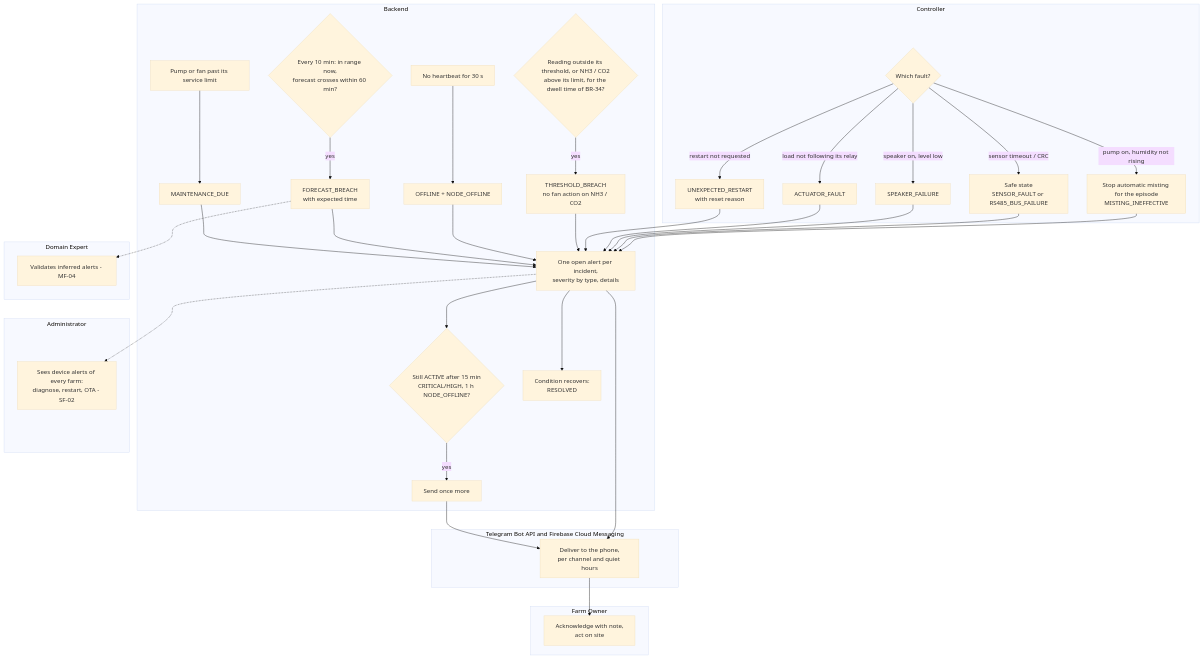
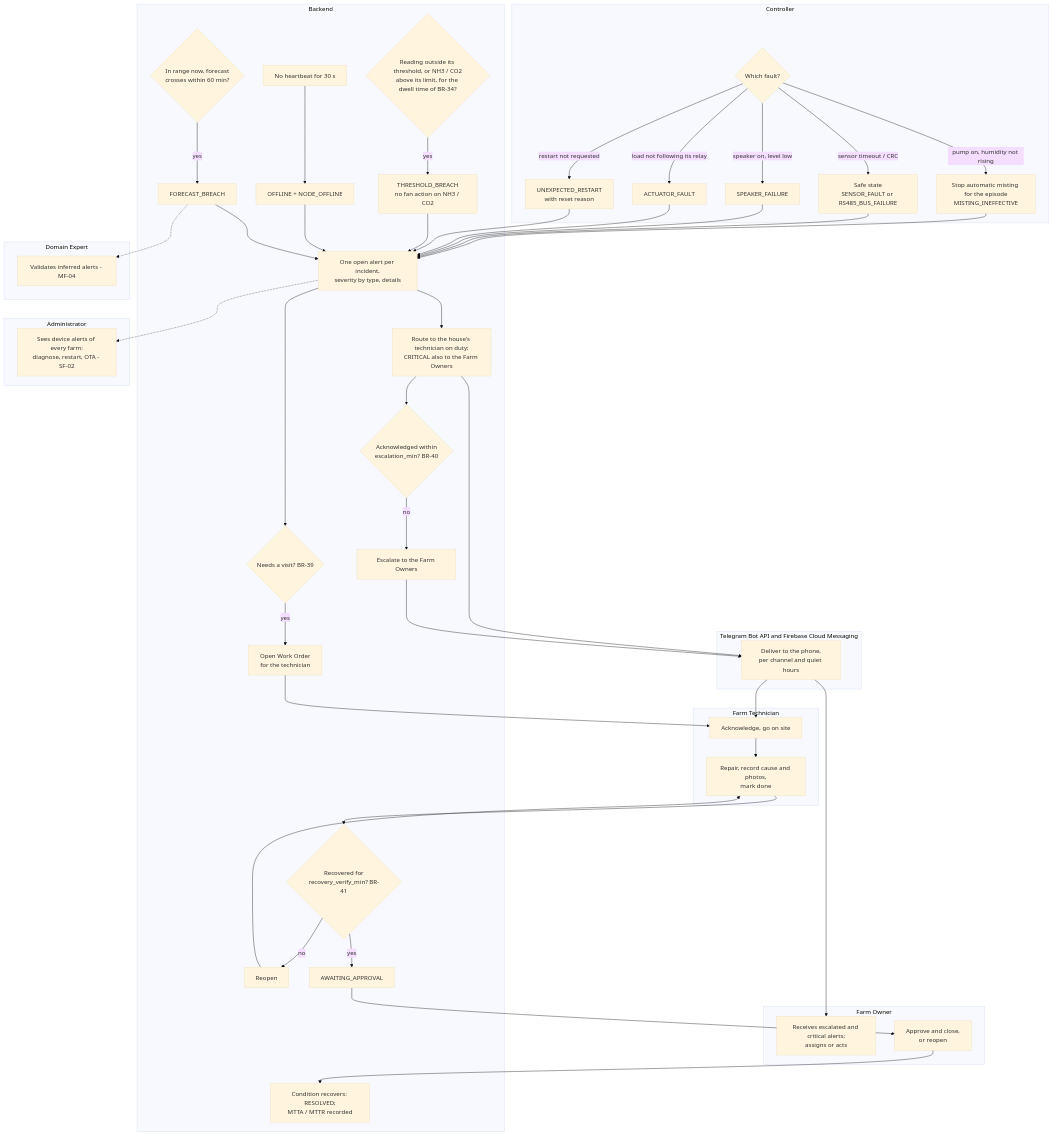
Before and after one commit to NBao261/SwiftletCare_KLTN: diagram 29 of 40 in docs/reports/report4-sdd.md, drawn with Mermaid (base theme). The commit also changed other lines of this file, not shown here.

````diff
--- a/docs/reports/report4-sdd.md
+++ b/docs/reports/report4-sdd.md
@@ -1116,40 +1383,53 @@
 ```mermaid
 flowchart TB
   subgraph C[Controller]
     A1{Which fault?}
     A1 -- pump on, humidity not rising --> A2[Stop automatic misting for the episode<br/>MISTING_INEFFECTIVE]
     A1 -- sensor timeout / CRC --> A3[Safe state<br/>SENSOR_FAULT or RS485_BUS_FAILURE]
     A1 -- speaker on, level low --> A4[SPEAKER_FAILURE]
     A1 -- load not following its relay --> A5[ACTUATOR_FAULT]
     A1 -- restart not requested --> A6[UNEXPECTED_RESTART<br/>with reset reason]
   end
   subgraph B[Backend]
     B1{Reading outside its threshold, or NH3 / CO2<br/>above its limit, for the dwell time of BR-34?} -- yes --> B2[THRESHOLD_BREACH<br/>no fan action on NH3 / CO2]
     B3[No heartbeat for 30 s] --> B4[OFFLINE + NODE_OFFLINE]
-    B5{Every 10 min: in range now,<br/>forecast crosses within 60 min?} -- yes --> B6[FORECAST_BREACH<br/>with expected time]
-    B7[Pump or fan past its service limit] --> B8[MAINTENANCE_DUE]
+    B5{In range now, forecast<br/>crosses within 60 min?} -- yes --> B6[FORECAST_BREACH]
     B9[One open alert per incident,<br/>severity by type, details]
-    B10{Still ACTIVE after 15 min<br/>CRITICAL/HIGH, 1 h NODE_OFFLINE?} -- yes --> B11[Send once more]
-    B12[Condition recovers:<br/>RESOLVED]
+    R1[Route to the house's technician on duty;<br/>CRITICAL also to the Farm Owners]
+    R2{Acknowledged within<br/>escalation_min? BR-40} -- no --> R3[Escalate to the Farm Owners]
+    W1{Needs a visit? BR-39} -- yes --> W2[Open Work Order<br/>for the technician]
+    W3{Recovered for<br/>recovery_verify_min? BR-41} -- no --> W4[Reopen]
+    W3 -- yes --> W5[AWAITING_APPROVAL]
+    B12[Condition recovers: RESOLVED;<br/>MTTA / MTTR recorded]
   end
   subgraph N[Telegram Bot API and Firebase Cloud Messaging]
     N1[Deliver to the phone,<br/>per channel and quiet hours]
   end
+  subgraph T[Farm Technician]
+    T1[Acknowledge, go on site] --> T2[Repair, record cause and photos,<br/>mark done]
+  end
   subgraph O[Farm Owner]
-    O1[Acknowledge with note,<br/>act on site]
+    O1[Receives escalated and critical alerts;<br/>assigns or acts]
+    O2[Approve and close,<br/>or reopen]
   end
-  subgraph T[Administrator]
-    T1[Sees device alerts of every farm:<br/>diagnose, restart, OTA - SF-02]
+  subgraph AD[Administrator]
+    D1[Sees device alerts of every farm:<br/>diagnose, restart, OTA - SF-02]
   end
   subgraph E[Domain Expert]
     E1[Validates inferred alerts - MF-04]
   end
   A2 & A3 & A4 & A5 & A6 --> B9
-  B2 & B4 & B6 & B8 --> B9
-  B9 --> N1 --> O1
-  B9 --> B10
-  B11 --> N1
-  B9 --> B12
-  B9 -.-> T1
+  B2 & B4 & B6 --> B9
+  B9 --> R1 --> N1 --> T1
+  R1 --> R2
+  R3 --> N1
+  N1 --> O1
+  B9 --> W1
+  W2 --> T1
+  T2 --> W3
+  W4 --> T2
+  W5 --> O2
+  O2 --> B12
+  B9 -.-> D1
   B6 -.-> E1
 ```
````
